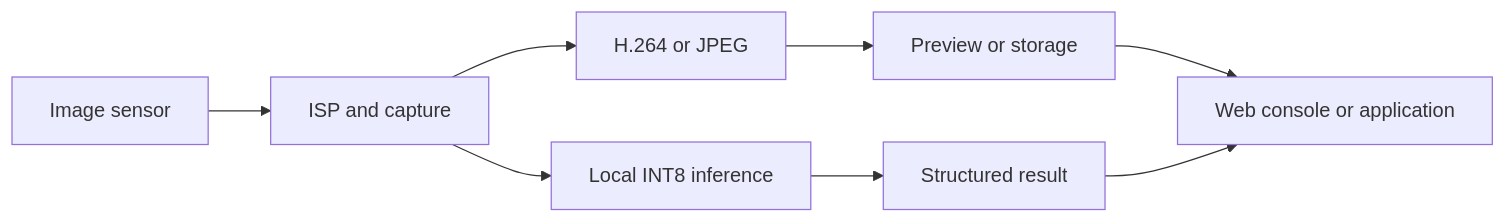
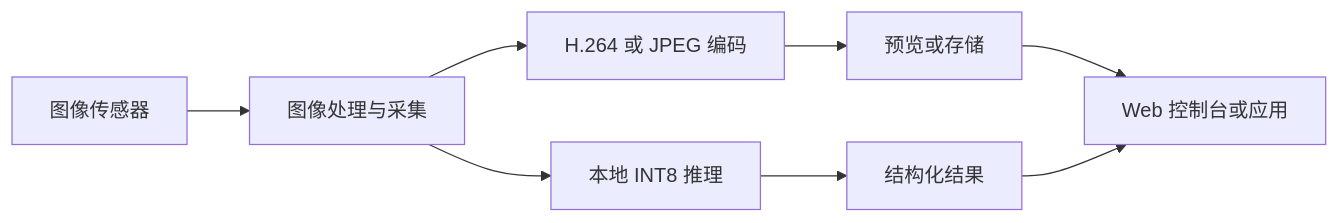
One commit to luommy/wiki-documents changed the diagram in docs/8-neoeyes-ne302-series/0-overview.md. Above: the diagram before and after it, drawn with Mermaid. The commit also changed other lines of this file and 72 other files, not shown here.

````diff
--- a/docs/8-neoeyes-ne302-series/0-overview.md
+++ b/docs/8-neoeyes-ne302-series/0-overview.md
@@ -102,10 +102,10 @@
 ```mermaid
 flowchart LR
-  S[Image sensor] --> I[ISP and capture]
-  I --> E[H.264 or JPEG]
-  I --> N[Local INT8 inference]
-  E --> P[Preview or storage]
-  N --> R[Structured result]
-  P --> W[Web console or application]
+  S[图像传感器] --> I[图像处理与采集]
+  I --> E[H.264 或 JPEG 编码]
+  I --> N[本地 INT8 推理]
+  E --> P[预览或存储]
+  N --> R[结构化结果]
+  P --> W[Web 控制台或应用]
   R --> W
 ```
````
